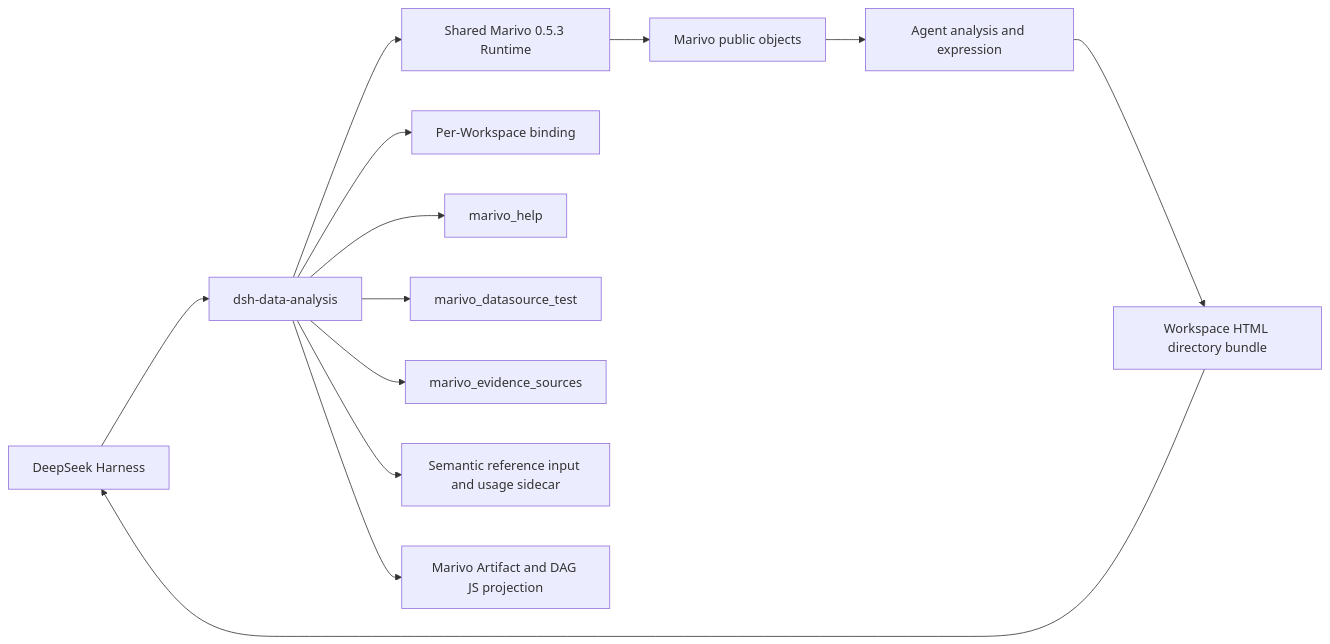
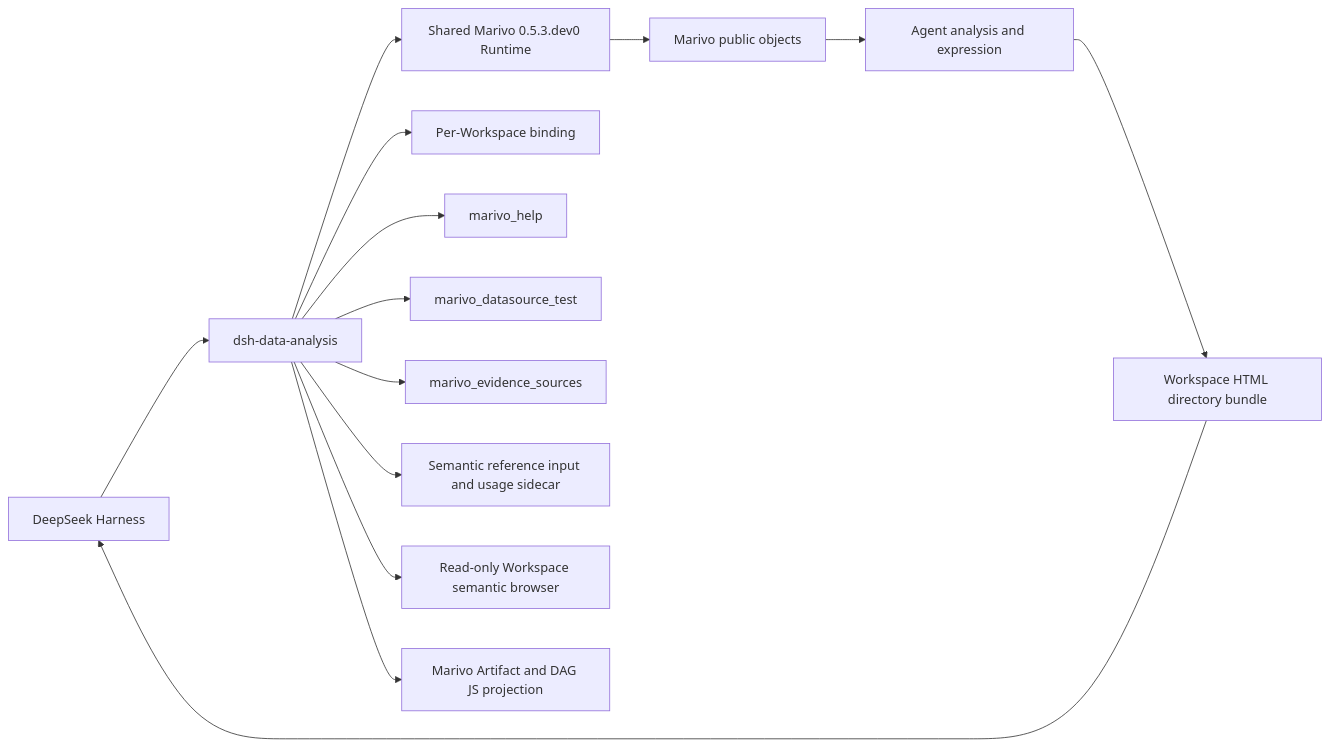
One commit to chengxianglibra/dsh-data-analysis changed the diagram in docs/architecture.md. Above: the diagram before and after it, drawn with Mermaid. The commit also changed other lines of this file and 46 other files, not shown here.

First line of the commit message:
feat: add read-only workspace semantic browser

````diff
--- a/docs/architecture.md
+++ b/docs/architecture.md
@@ -9,15 +9,16 @@
 ```mermaid
 flowchart LR
   D[DeepSeek Harness] --> P[dsh-data-analysis]
-  P --> R[Shared Marivo 0.5.3 Runtime]
+  P --> R[Shared Marivo 0.5.3.dev0 Runtime]
   P --> W[Per-Workspace binding]
   P --> H[marivo_help]
   P --> T[marivo_datasource_test]
   P --> E[marivo_evidence_sources]
   P --> S[Semantic reference input and usage sidecar]
+  P --> B[Read-only Workspace semantic browser]
   P --> J[Marivo Artifact and DAG JS projection]
   R --> M[Marivo public objects]
   M --> A[Agent analysis and expression]
   A --> F[Workspace HTML directory bundle]
   F --> D
 ```
````
